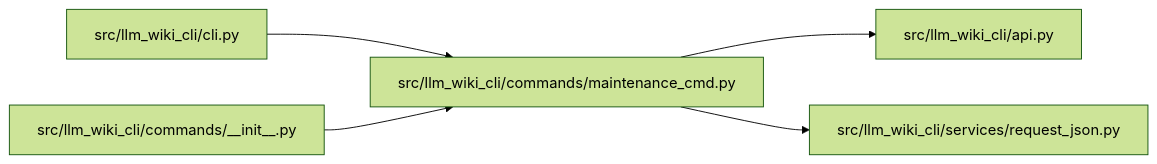
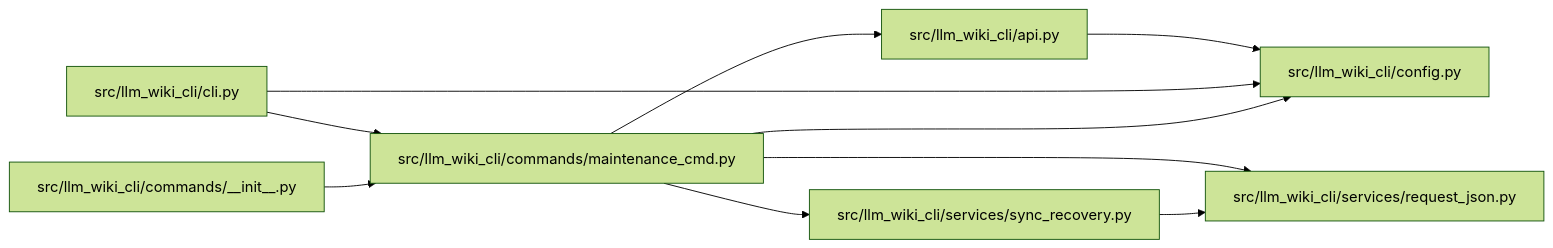
Before and after one commit to Denissvgn/python-wiki-llm: the diagram in docs/llm_wiki/modules/maintenance_cmd.md, drawn with Mermaid (forest theme). The commit also changed other lines of this file and 775 other files, not shown here.

````diff
--- a/docs/llm_wiki/modules/maintenance_cmd.md
+++ b/docs/llm_wiki/modules/maintenance_cmd.md
@@ -21,17 +30,26 @@
 ```mermaid
 flowchart LR
     n0["src/llm_wiki_cli/api.py"]
     n1["src/llm_wiki_cli/cli.py"]
     n2["src/llm_wiki_cli/commands/__init__.py"]
     n3["src/llm_wiki_cli/commands/maintenance_cmd.py"]
-    n4["src/llm_wiki_cli/services/request_json.py"]
+    n4["src/llm_wiki_cli/config.py"]
+    n5["src/llm_wiki_cli/services/request_json.py"]
+    n6["src/llm_wiki_cli/services/sync_recovery.py"]
+    n0 --> n4
     n1 --> n3
+    n1 --> n4
     n2 --> n3
     n3 --> n0
     n3 --> n4
+    n3 --> n5
+    n3 --> n6
+    n6 --> n5
     click n0 "../modules/api.md"
     click n1 "../modules/cli.md"
     click n2 "../modules/commands___init__.md"
     click n3 "../modules/maintenance_cmd.md"
-    click n4 "../modules/request_json.md"
+    click n4 "../modules/config.md"
+    click n5 "../modules/request_json.md"
+    click n6 "../modules/sync_recovery.md"
 ```
````
